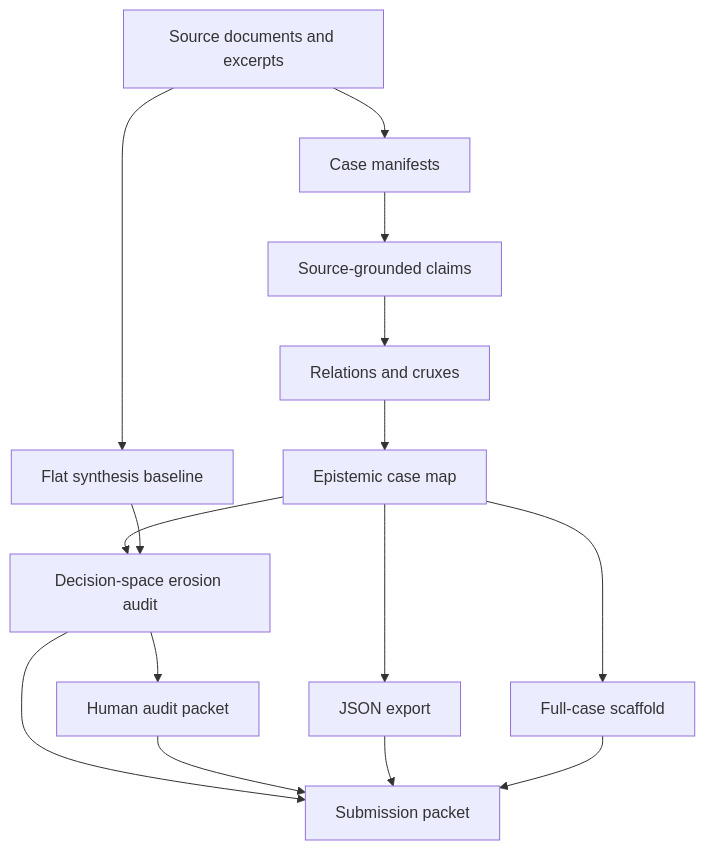
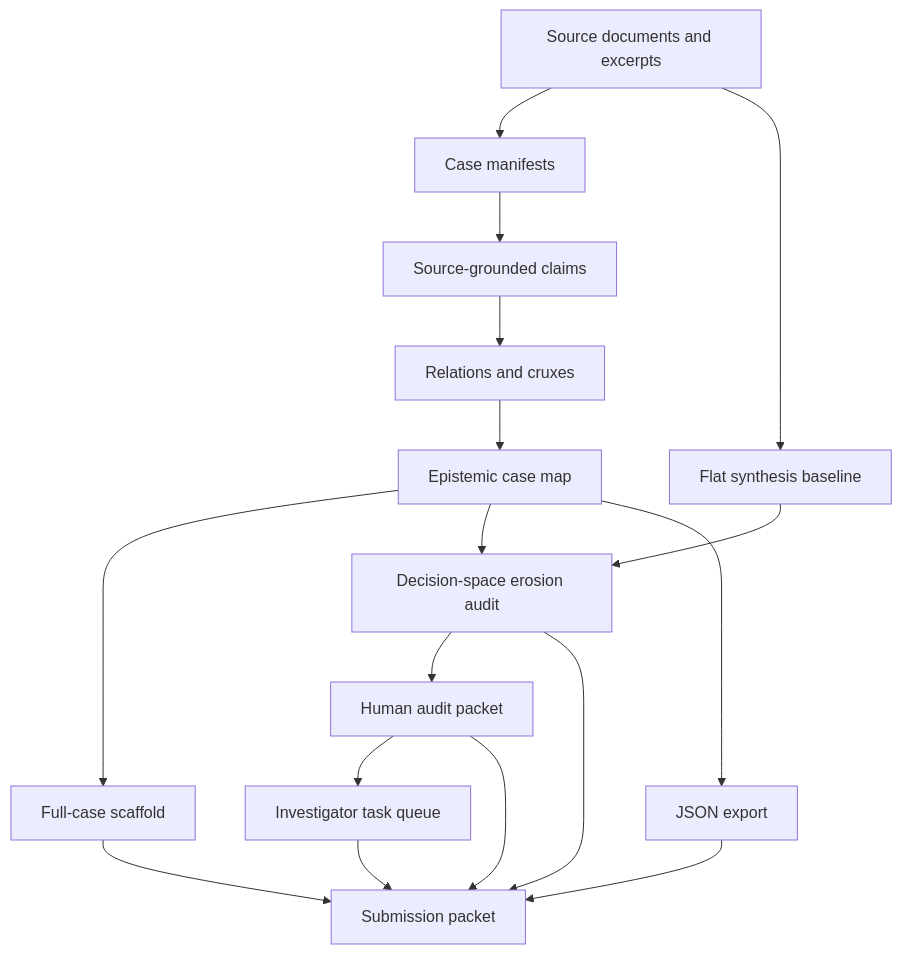
One commit to etalbert102/epistemic_case_mapper changed the diagram in docs/ARCHITECTURE.md. Above: the diagram before and after it, drawn with Mermaid. The commit also changed other lines of this file and 17 other files, not shown here.

````diff
--- a/docs/ARCHITECTURE.md
+++ b/docs/ARCHITECTURE.md
@@ -7,17 +7,19 @@
 ```mermaid
 flowchart TD
     A[Source documents and excerpts] --> B[Case manifests]
     B --> C[Source-grounded claims]
     C --> D[Relations and cruxes]
     D --> E[Epistemic case map]
     E --> K[Full-case scaffold]
     A --> F[Flat synthesis baseline]
     E --> G[Decision-space erosion audit]
     F --> G
     G --> H[Human audit packet]
+    H --> L[Investigator task queue]
     E --> I[JSON export]
     G --> J[Submission packet]
     H --> J
     I --> J
     K --> J
+    L --> J
 ```
````
